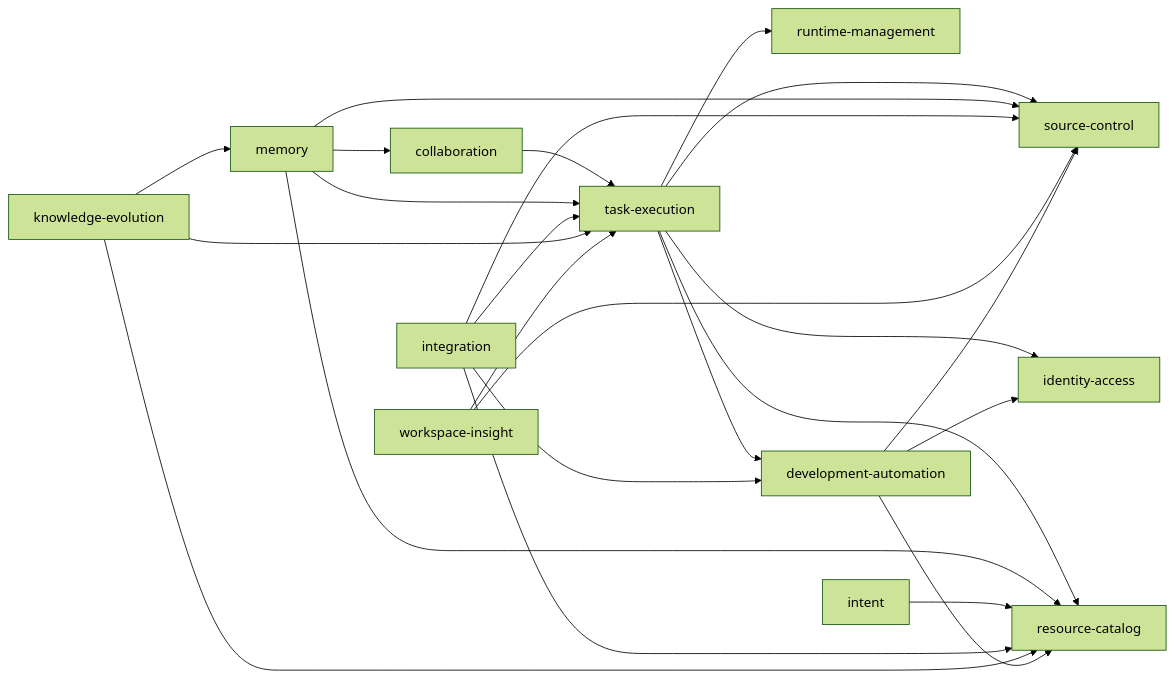
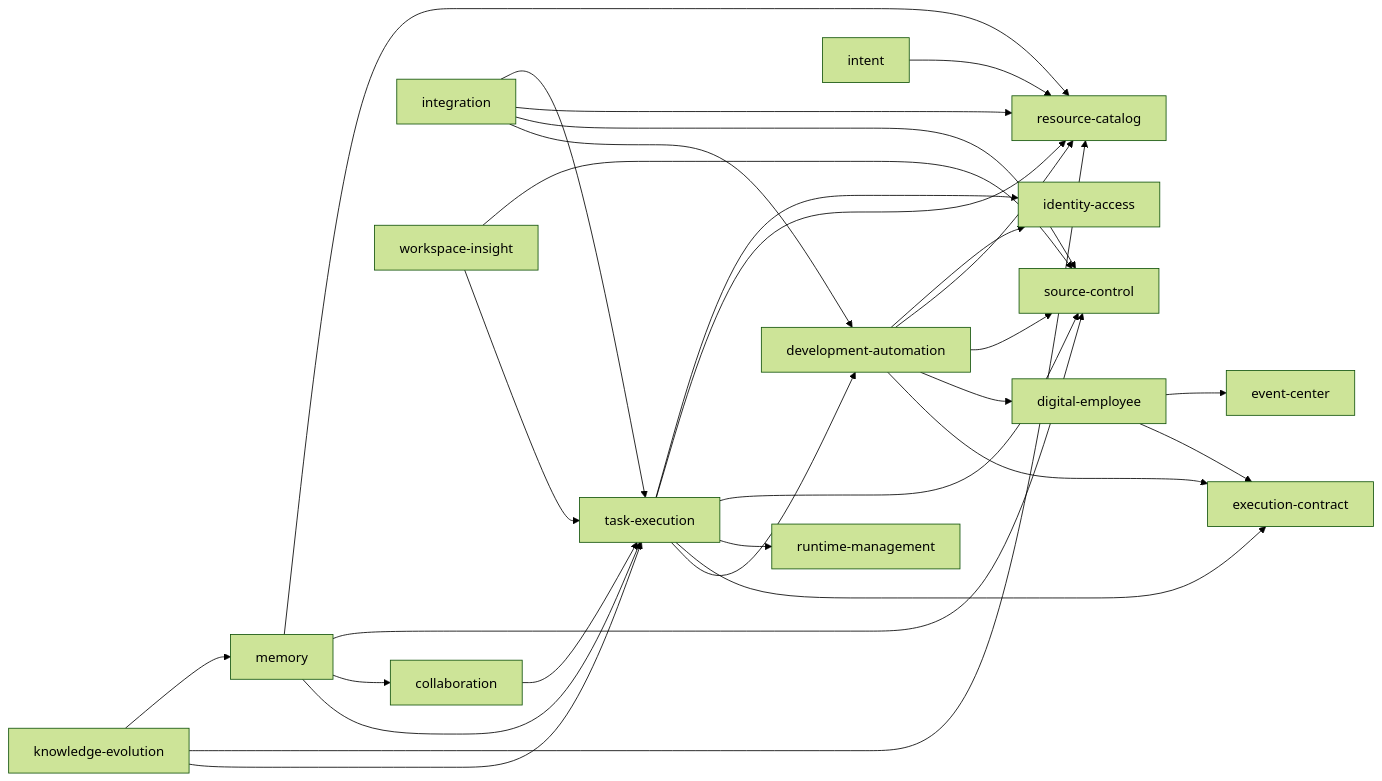
The second of 2 diagrams in design/RFC-294-backend-layered-target-architecture/design.md (wangbinquan/agent-workflow), drawn with Mermaid (forest theme) before and after one commit. The commit also changed other lines of this file and 63 other files, not shown here.

First line of the commit message:
feat: add deterministic digital employee duties

````diff
--- a/design/RFC-294-backend-layered-target-architecture/design.md
+++ b/design/RFC-294-backend-layered-target-architecture/design.md
@@ -233,26 +235,31 @@
 ```mermaid
 flowchart LR
   TE["task-execution"] --> IA["identity-access"]
   TE --> RC["resource-catalog"]
   TE --> SC["source-control"]
   TE --> RM["runtime-management"]
   COL["collaboration"] --> TE
   MEM["memory"] --> RC
   MEM --> SC
   MEM --> COL
   MEM --> TE
   INTENT["intent"] --> RC
   INTEG["integration"] --> TE
   INTEG --> RC
   INTEG --> SC
   KE["knowledge-evolution"] --> MEM
   KE --> RC
   KE --> TE
   WI["workspace-insight"] --> SC
   WI --> TE
   DA["development-automation"] --> IA
   DA --> RC
   DA --> SC
+  DA --> DE["digital-employee"]
+  DA --> XC["execution-contract"]
+  DE --> EC["event-center"]
+  DE --> XC
+  TE --> XC
   TE --> DA
   INTEG --> DA
 ```
````
